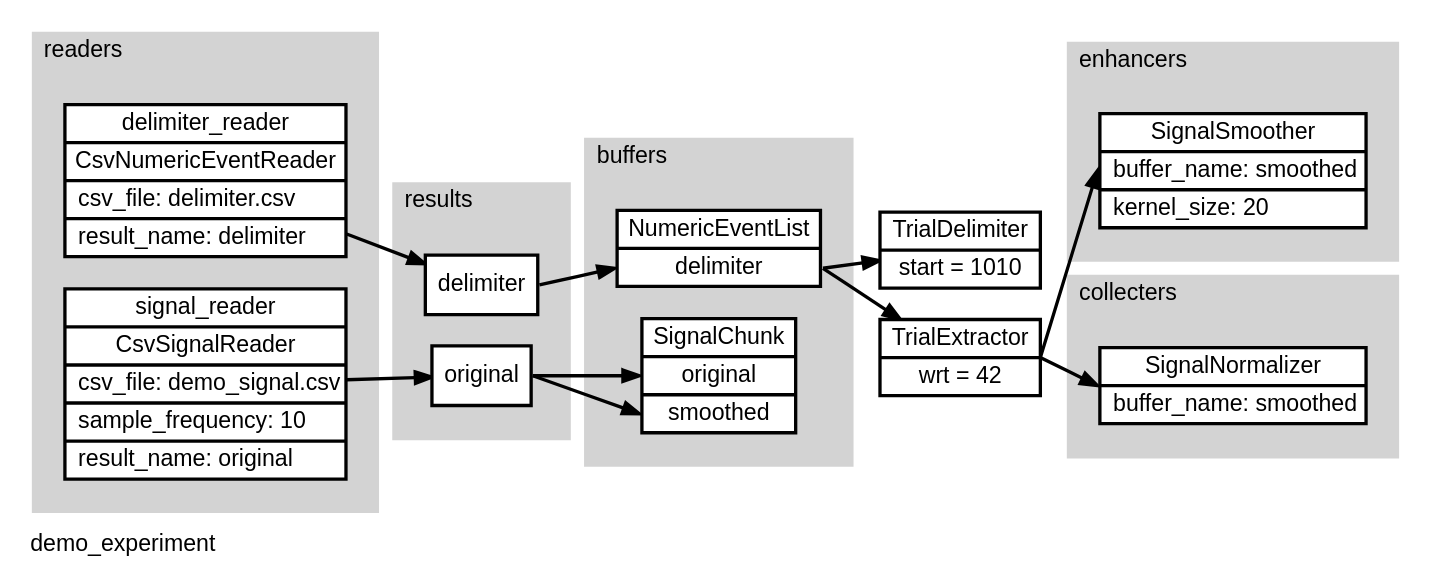
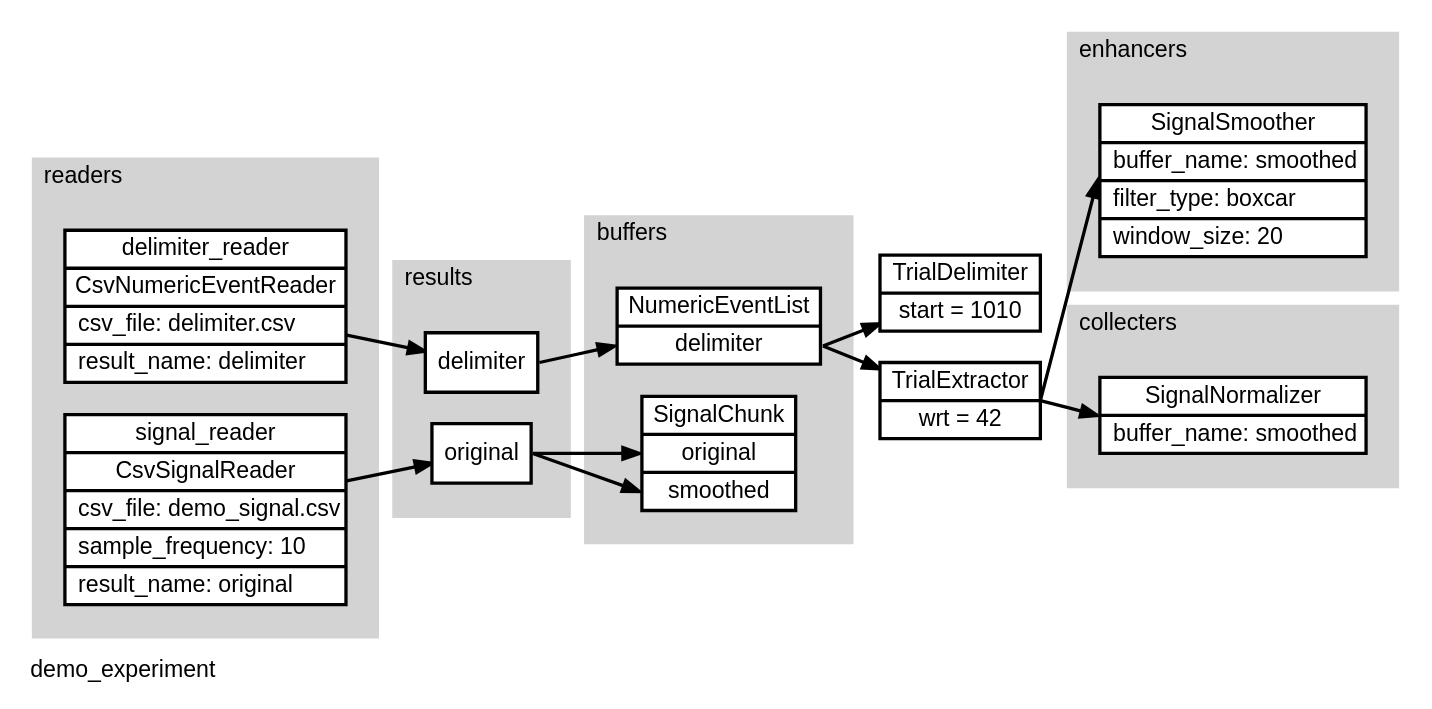
The diagram in docs/smooth-demo/demo_experiment.dot (benjamin-heasly/pyramid), drawn with Graphviz before and after one commit. The commit also changed 4 other files, not shown here.

```diff
--- a/docs/smooth-demo/demo_experiment.dot
+++ b/docs/smooth-demo/demo_experiment.dot
@@ -1,39 +1,39 @@
 digraph demo_experiment {
 	graph [fontname=Arial label=demo_experiment labeljust=l outputorder=edgesfirst overlap=scale rankdir=LR splines=false]
 	node [fillcolor=white fontname=Arial penwidth=2.0 shape=record style=filled]
 	edge [fontname=Arial penwidth=2.0]
 	subgraph cluster_buffers {
 		graph [bgcolor=lightgray color=transparent fontname=Arial label=buffers margin=20 rank=same]
 		numeric_event_list [label="NumericEventList|<delimiter>delimiter"]
 		signal_chunk [label="SignalChunk|<original>original|<smoothed>smoothed"]
 	}
 	trial_delimiter [label="TrialDelimiter|start = 1010"]
 	numeric_event_list:delimiter:e -> trial_delimiter
 	trial_extractor [label="TrialExtractor|wrt = 42"]
 	numeric_event_list:delimiter:e -> trial_extractor
 	trial_extractor:e -> enhancer_0:w
 	subgraph cluster_enhancers {
 		graph [bgcolor=lightgray color=transparent fontname=Arial label=enhancers margin=20 rank=same]
-		enhancer_0 [label="SignalSmoother|buffer_name: smoothed\l|kernel_size: 20\l"]
+		enhancer_0 [label="SignalSmoother|buffer_name: smoothed\l|filter_type: boxcar\l|window_size: 20\l"]
 	}
 	trial_extractor:e -> collecter_0:w
 	subgraph cluster_collecters {
 		graph [bgcolor=lightgray color=transparent fontname=Arial label=collecters margin=20 rank=same]
 		collecter_0 [label="SignalNormalizer|buffer_name: smoothed\l"]
 	}
 	subgraph cluster_readers {
 		graph [bgcolor=lightgray color=transparent fontname=Arial label=readers margin=20 rank=same]
 		delimiter_reader [label="delimiter_reader|CsvNumericEventReader|csv_file: delimiter.csv\l|result_name: delimiter\l"]
 		signal_reader [label="signal_reader|CsvSignalReader|csv_file: demo_signal.csv\l|sample_frequency: 10\l|result_name: original\l"]
 	}
 	delimiter_reader -> delimiter_reader_results
 	signal_reader -> signal_reader_results
 	subgraph cluster_results {
 		graph [bgcolor=lightgray color=transparent fontname=Arial label=results margin=20 rank=same]
 		delimiter_reader_results [label="<delimiter>delimiter"]
 		signal_reader_results [label="<original>original"]
 	}
 	delimiter_reader_results:delimiter:e -> numeric_event_list:delimiter:w
 	signal_reader_results:original:e -> signal_chunk:original:w
 	signal_reader_results:original:e -> signal_chunk:smoothed:w
 }
```
